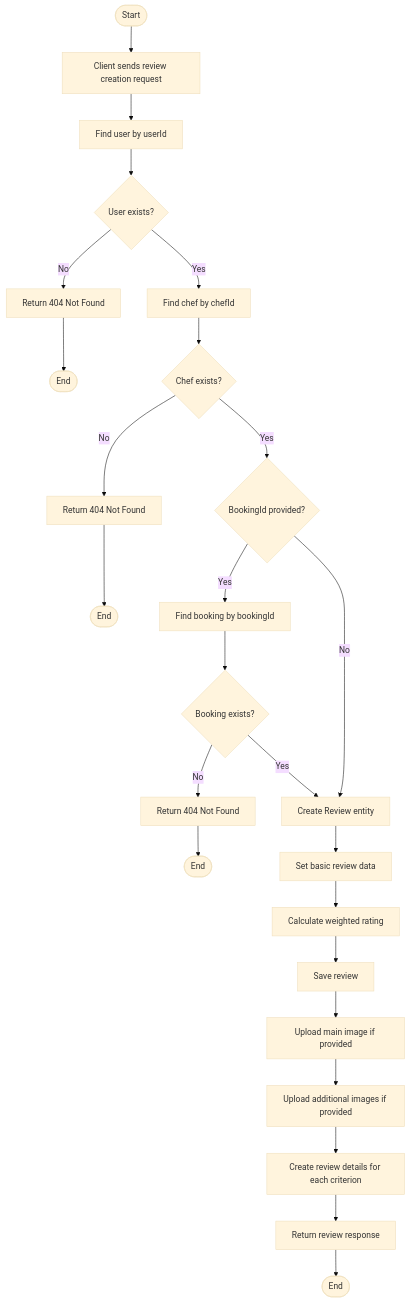
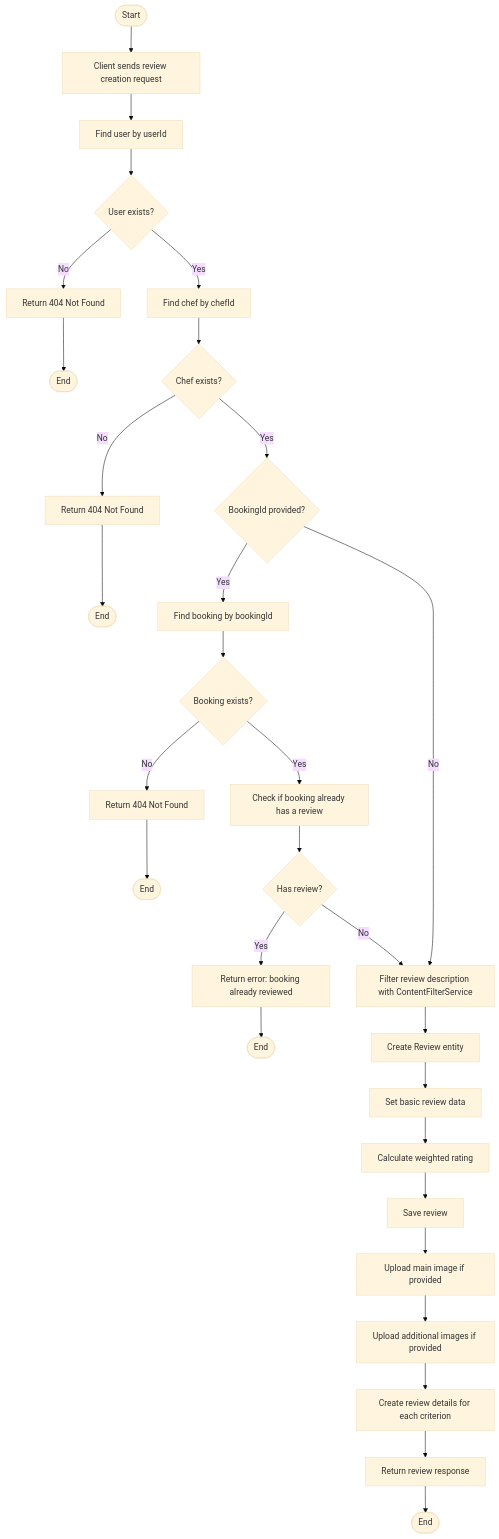
Before and after one commit to phongkhongxai/vietchef: the second of 11 diagrams in docs/Review System Diagrams.md, drawn with Mermaid (base theme). The commit also changed other lines of this file and 15 other files, not shown here.

````diff
--- a/docs/Review System Diagrams.md
+++ b/docs/Review System Diagrams.md
@@ -262,27 +277,32 @@
 ```mermaid
 flowchart TD
     Start([Start]) --> A[Client sends review creation request]
     A --> B[Find user by userId]
     B --> C{User exists?}
     C -->|No| D[Return 404 Not Found]
     D --> End1([End])
     C -->|Yes| E[Find chef by chefId]
     E --> F{Chef exists?}
     F -->|No| G[Return 404 Not Found]
     G --> End2([End])
     F -->|Yes| H{BookingId provided?}
     H -->|Yes| I[Find booking by bookingId]
     I --> J{Booking exists?}
     J -->|No| K[Return 404 Not Found]
     K --> End3([End])
-    J -->|Yes| L[Create Review entity]
-    H -->|No| L
-    L --> M[Set basic review data]
+    J -->|Yes| L1[Check if booking already has a review]
+    L1 --> L2{Has review?}
+    L2 -->|Yes| L3[Return error: booking already reviewed]
+    L3 --> End3a([End])
+    L2 -->|No| L4[Filter review description with ContentFilterService]
+    L4 --> L5[Create Review entity]
+    H -->|No| L4
+    L5 --> M[Set basic review data]
     M --> N[Calculate weighted rating]
     N --> O[Save review]
     O --> P[Upload main image if provided]
     P --> Q[Upload additional images if provided]
     Q --> R[Create review details for each criterion]
     R --> S[Return review response]
     S --> End4([End])
 ```
````
